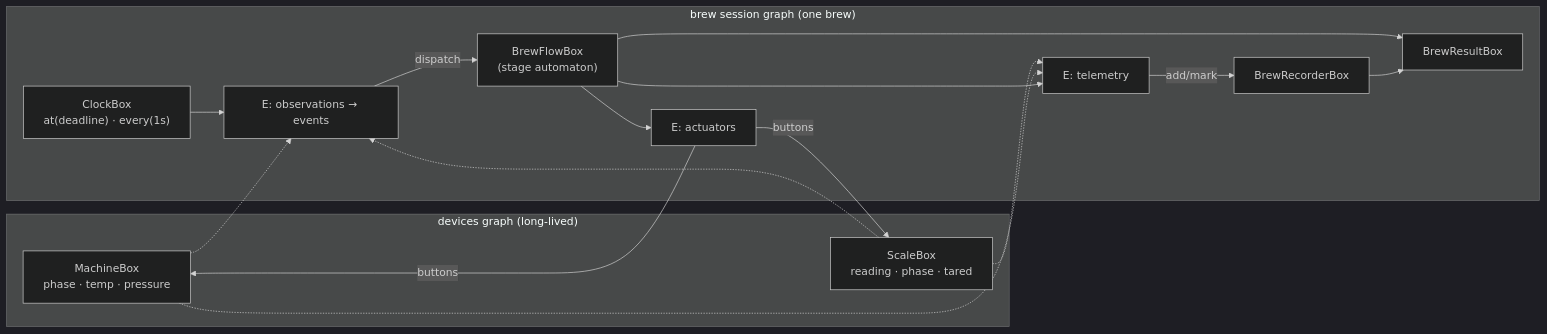
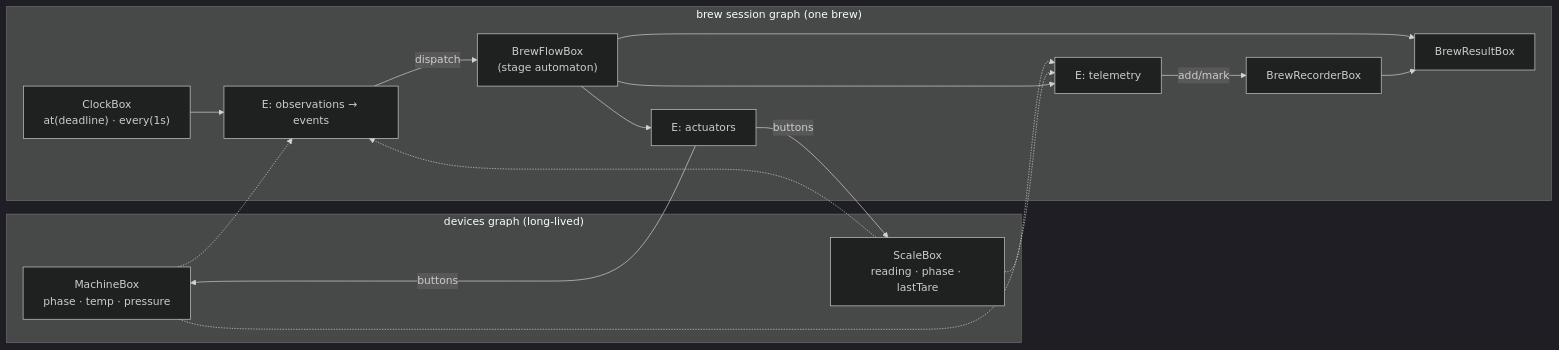
Before and after one commit to abuharsky/blackbox: the diagram in doc/coffee-brewing.md, drawn with Mermaid (dark theme). The commit also changed other lines of this file and 15 other files, not shown here.

````diff
--- a/doc/coffee-brewing.md
+++ b/doc/coffee-brewing.md
@@ -326,29 +326,29 @@
 ```mermaid
 flowchart LR
   subgraph devices["devices graph (long-lived)"]
     machine["MachineBox\nphase · temp · pressure"]
-    scale["ScaleBox\nreading · phase · tared"]
+    scale["ScaleBox\nreading · phase · lastTare"]
   end
   subgraph session["brew session graph (one brew)"]
     flow["BrewFlowBox\n(stage automaton)"]
     recorder["BrewRecorderBox"]
     result["BrewResultBox"]
     eAct["E: actuators"]
     eObs["E: observations → events"]
     eTel["E: telemetry"]
     clock["ClockBox\nat(deadline) · every(1s)"]
   end
   machine -.-> eObs
   scale -.-> eObs
   scale -.-> eTel
   machine -.-> eTel
   clock --> eObs
   eObs -- dispatch --> flow
   flow --> eAct
   eAct -- buttons --> machine
   eAct -- buttons --> scale
   flow --> eTel
   eTel -- add/mark --> recorder
   flow --> result
   recorder --> result
 ```
````
